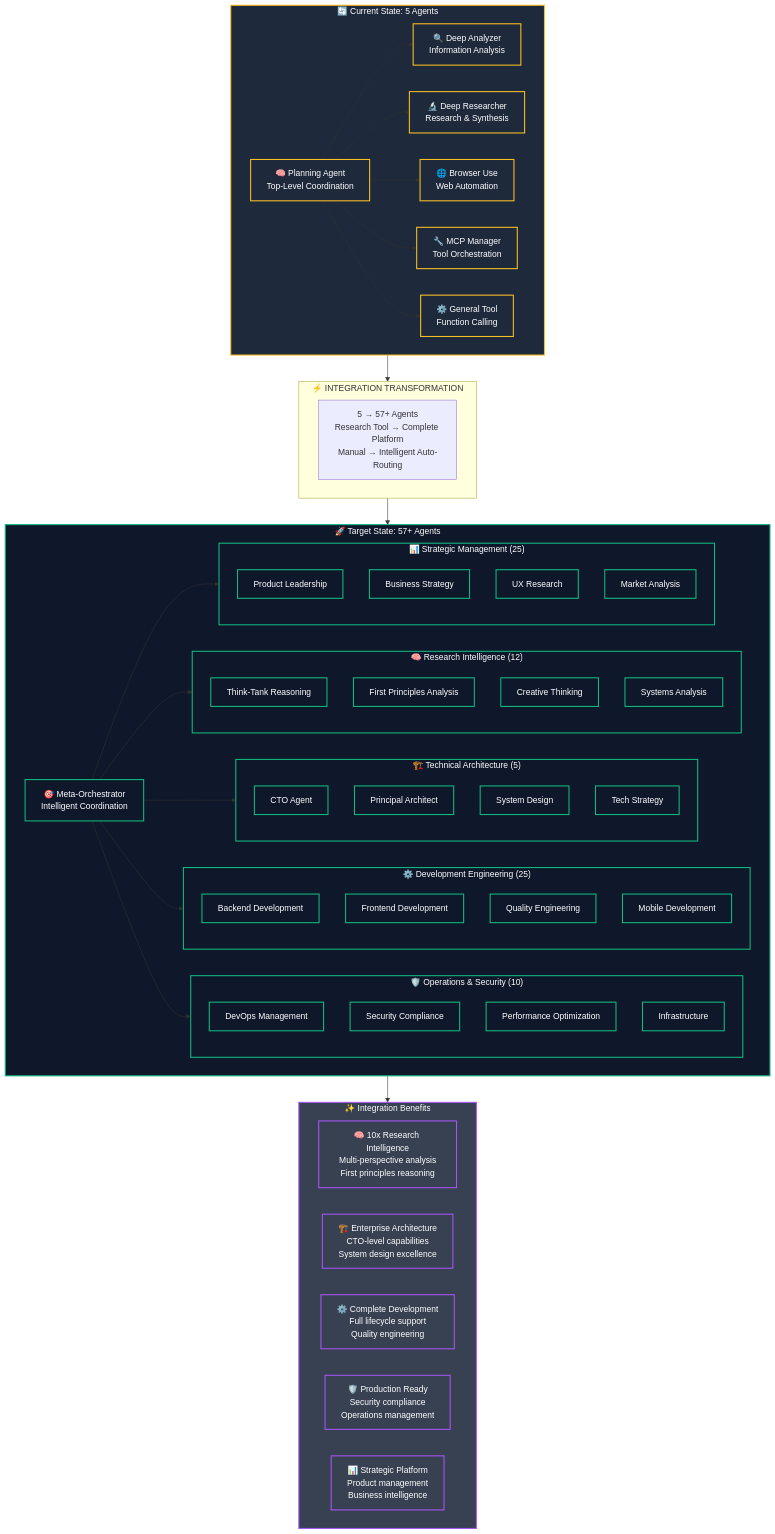
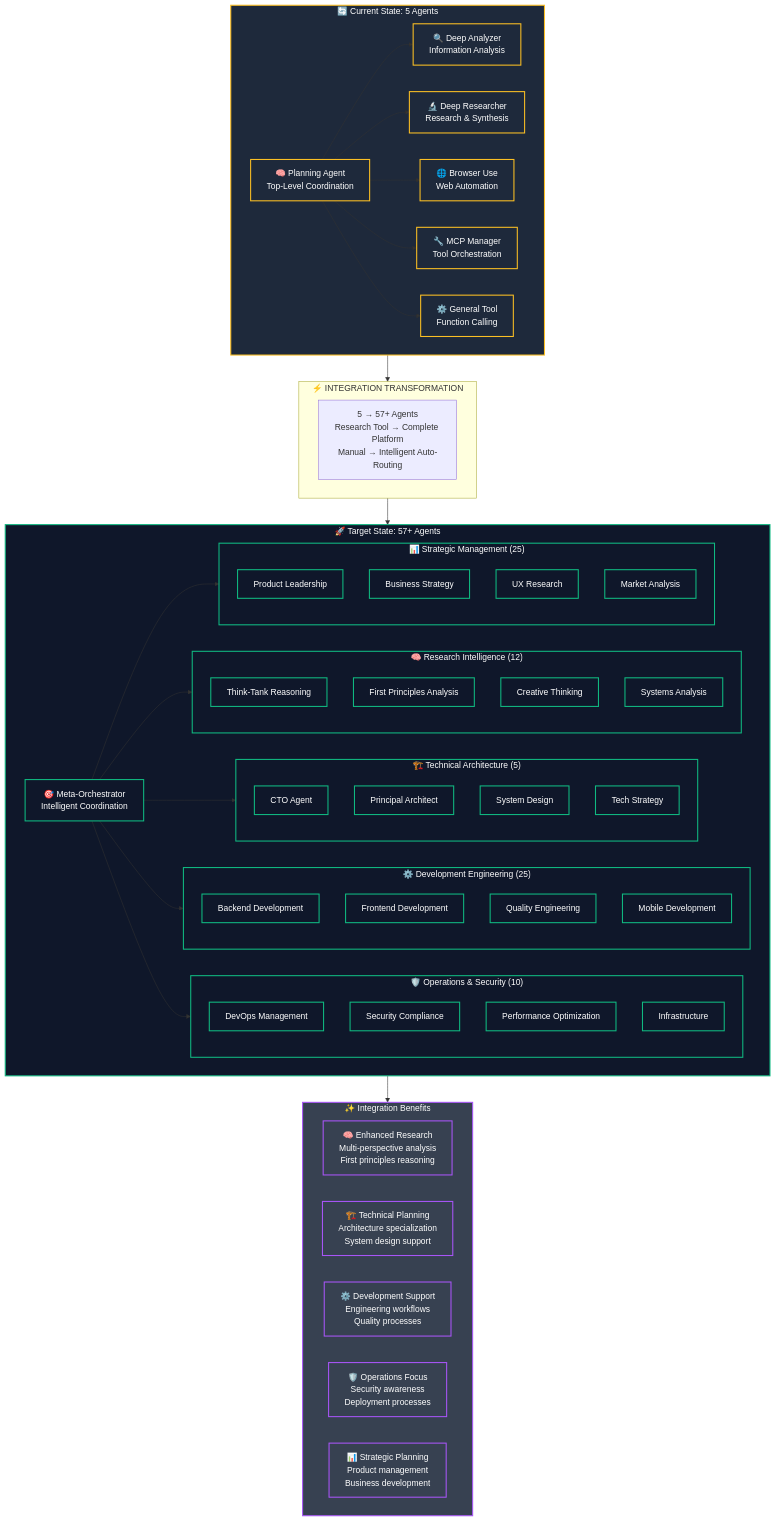
One commit to kairin/DeepResearchAgent changed the diagram in README.md. Above: the diagram before and after it, drawn with Mermaid. The commit also changed other lines of this file and 2 other files, not shown here.

```diff
--- a/README.md
+++ b/README.md
@@ -102,11 +102,11 @@
     end
 
     subgraph Benefits["✨ Integration Benefits"]
-        B1["🧠 10x Research Intelligence<br/>Multi-perspective analysis<br/>First principles reasoning"]
-        B2["🏗️ Enterprise Architecture<br/>CTO-level capabilities<br/>System design excellence"]
-        B3["⚙️ Complete Development<br/>Full lifecycle support<br/>Quality engineering"]
-        B4["🛡️ Production Ready<br/>Security compliance<br/>Operations management"]
-        B5["📊 Strategic Platform<br/>Product management<br/>Business intelligence"]
+        B1["🧠 Enhanced Research<br/>Multi-perspective analysis<br/>First principles reasoning"]
+        B2["🏗️ Technical Planning<br/>Architecture specialization<br/>System design support"]
+        B3["⚙️ Development Support<br/>Engineering workflows<br/>Quality processes"]
+        B4["🛡️ Operations Focus<br/>Security awareness<br/>Deployment processes"]
+        B5["📊 Strategic Planning<br/>Product management<br/>Business development"]
     end
 
     Current --> Arrow
```
